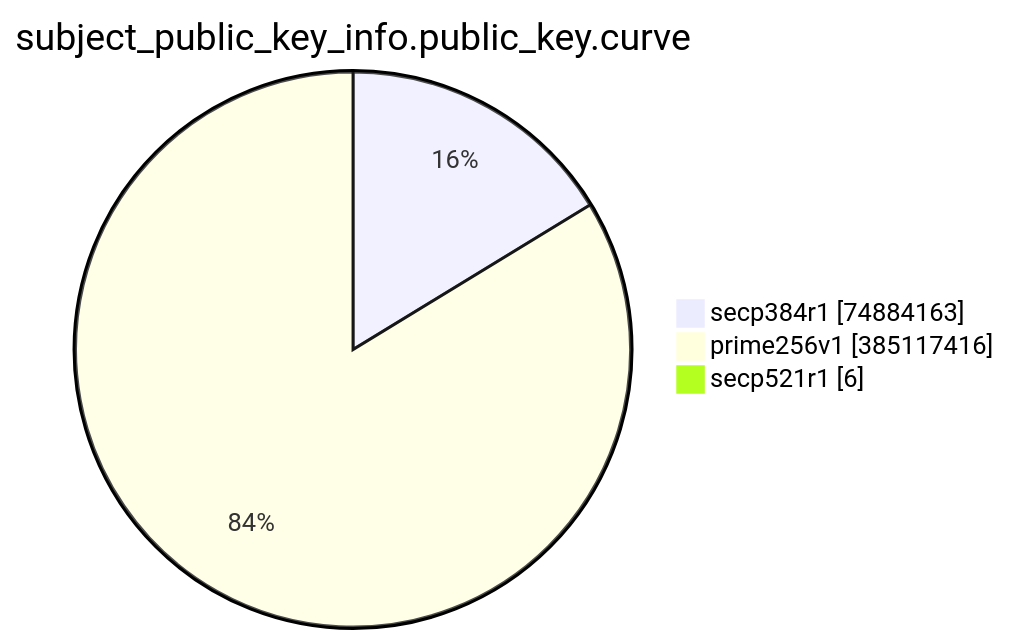
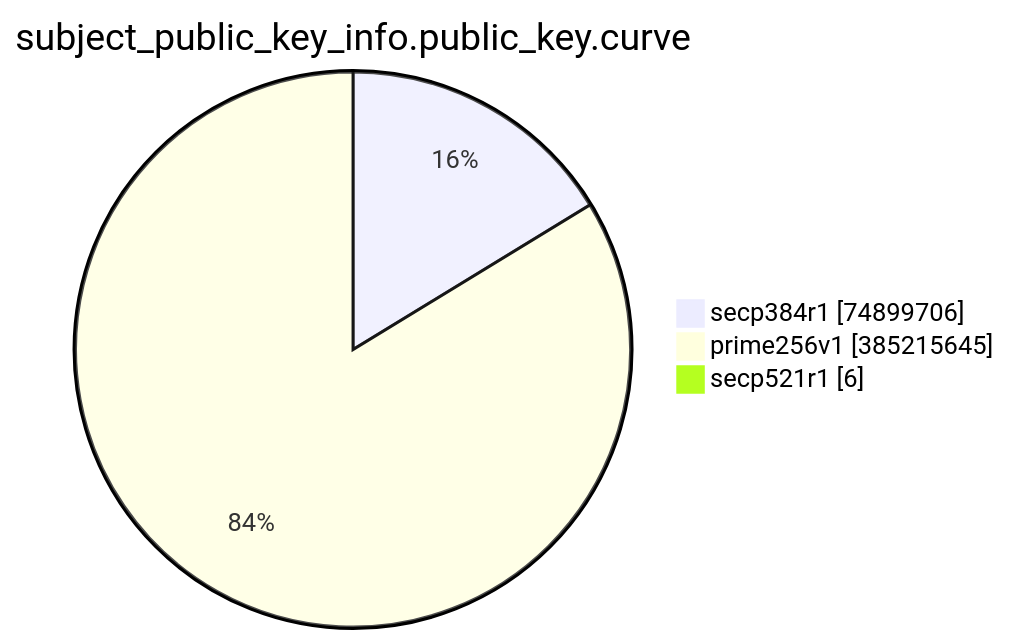
The eighth of 15 diagrams in TOTAL/README.md (christiankrug/ctmonitor_visualization), drawn with Mermaid before and after one commit. The commit also changed other lines of this file, not shown here.

````diff
--- a/TOTAL/README.md
+++ b/TOTAL/README.md
@@ -3094,7 +3094,7 @@
 ```mermaid
 pie showData
 title subject_public_key_info.public_key.curve
-"secp384r1" :74884163
-"prime256v1" :385117416
+"secp384r1" :74899706
+"prime256v1" :385215645
 "secp521r1" :6
 ```
````
